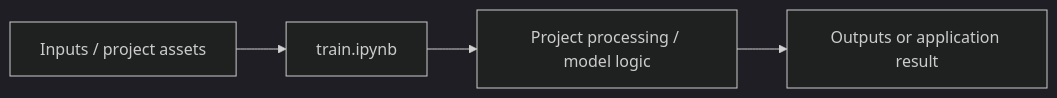
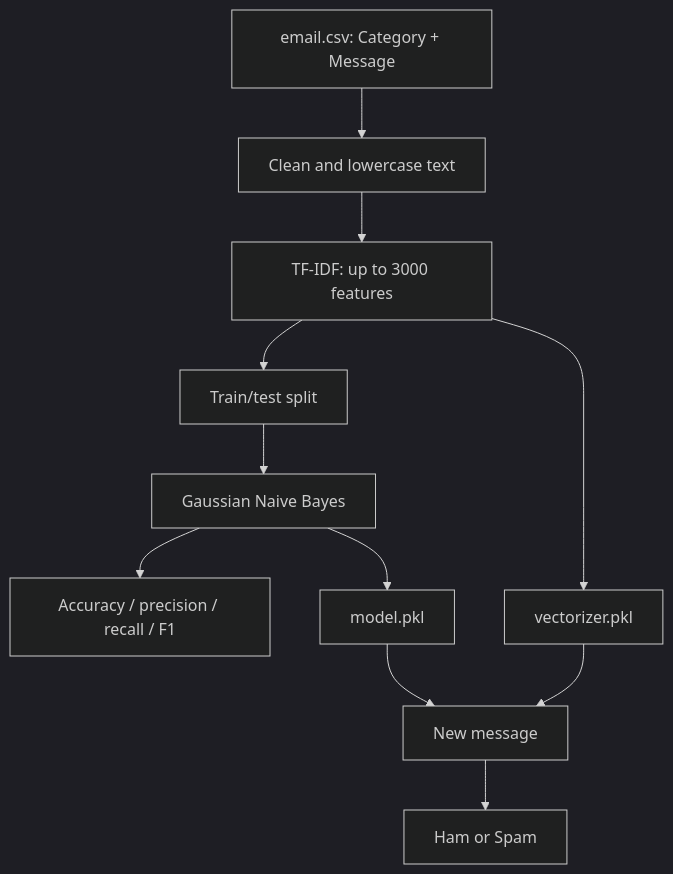
Before and after one commit to Rajkumar-Ai-Engineer/120_ProjectStreak: the diagram in Machine_Learning/Email_spam/README.md, drawn with Mermaid (dark theme). The commit also changed other lines of this file, not shown here.

Commit message:
docs(ml): improve Email_spam project documentation

````diff
--- a/Machine_Learning/Email_spam/README.md
+++ b/Machine_Learning/Email_spam/README.md
@@ -21,6 +21,13 @@
 ```mermaid
-flowchart LR
-    I[Inputs / project assets] --> E[train.ipynb]
-    E --> P[Project processing / model logic]
-    P --> O[Outputs or application result]
+flowchart TD
+ A[email.csv: Category + Message] --> B[Clean and lowercase text]
+ B --> C[TF-IDF: up to 3000 features]
+ C --> D[Train/test split]
+ D --> E[Gaussian Naive Bayes]
+ E --> F[Accuracy / precision / recall / F1]
+ E --> G[model.pkl]
+ C --> H[vectorizer.pkl]
+ G --> I[New message]
+ H --> I
+ I --> J[Ham or Spam]
 ```
````
